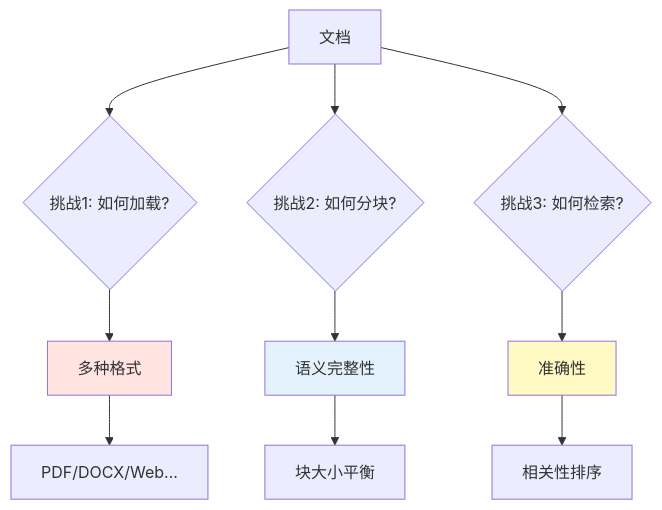
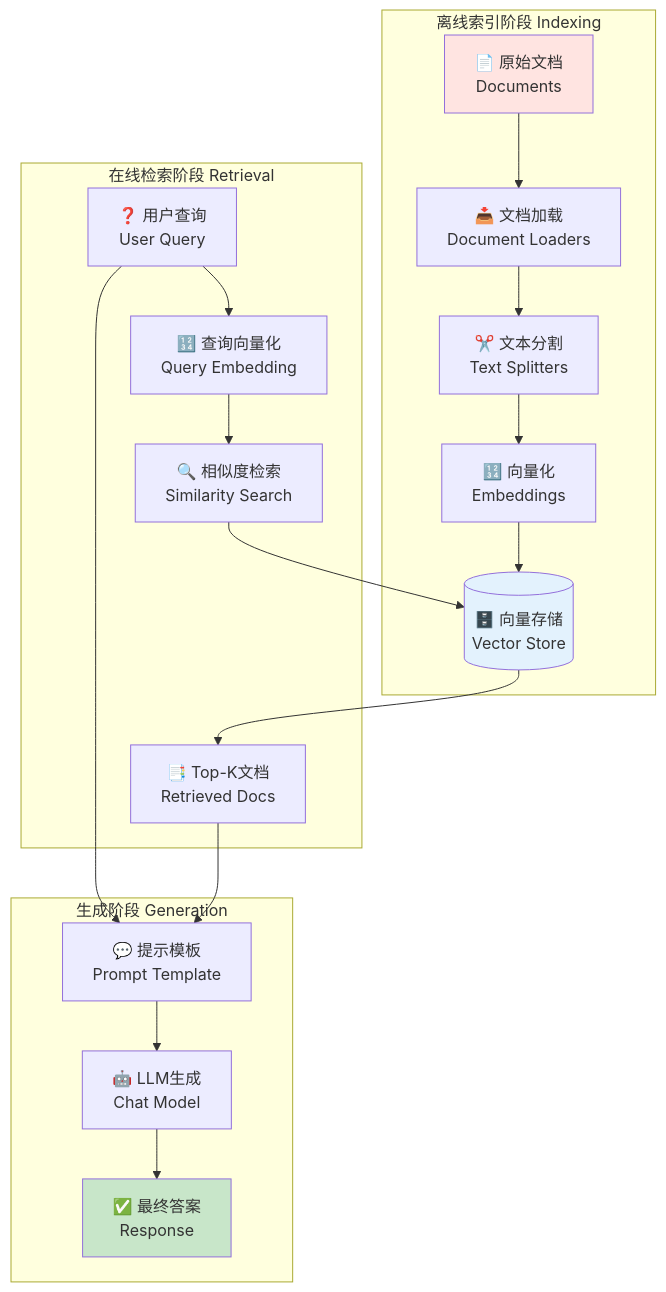
Before and after one commit to LordFoxFairy/NiKo-NoteBook: the diagram in LangChain笔记/第四篇 RAG基础篇(LangChain篇).md, drawn with Mermaid. The commit also changed other lines of this file and 28 other files, not shown here.

````diff
--- a/LangChain笔记/第四篇 RAG基础篇(LangChain篇).md
+++ b/LangChain笔记/第四篇 RAG基础篇(LangChain篇).md
@@ -42,18 +57,27 @@
 ```mermaid
-graph TD
-    A[文档] --> B{挑战1: 如何加载?}
-    B --> C[多种格式]
-    C --> D[PDF/DOCX/Web...]
+graph TB
+    subgraph "离线索引阶段 Indexing"
+        A[📄 原始文档<br/>Documents] --> B[📥 文档加载<br/>Document Loaders]
+        B --> C[✂️ 文本分割<br/>Text Splitters]
+        C --> D[🔢 向量化<br/>Embeddings]
+        D --> E[(🗄️ 向量存储<br/>Vector Store)]
+    end
 
-    A --> E{挑战2: 如何分块?}
-    E --> F[语义完整性]
-    F --> G[块大小平衡]
+    subgraph "在线检索阶段 Retrieval"
+        F[❓ 用户查询<br/>User Query] --> G[🔢 查询向量化<br/>Query Embedding]
+        G --> H[🔍 相似度检索<br/>Similarity Search]
+        H --> E
+        E --> I[📑 Top-K文档<br/>Retrieved Docs]
+    end
 
-    A --> H{挑战3: 如何检索?}
-    H --> I[准确性]
-    I --> J[相关性排序]
+    subgraph "生成阶段 Generation"
+        F --> J[💬 提示模板<br/>Prompt Template]
+        I --> J
+        J --> K[🤖 LLM生成<br/>Chat Model]
+        K --> L[✅ 最终答案<br/>Response]
+    end
 
-    style C fill:#FFE4E1
-    style F fill:#E3F2FD
-    style I fill:#FFF9C4
+    style A fill:#FFE4E1
+    style E fill:#E3F2FD
+    style L fill:#C8E6C9
 ```
````
